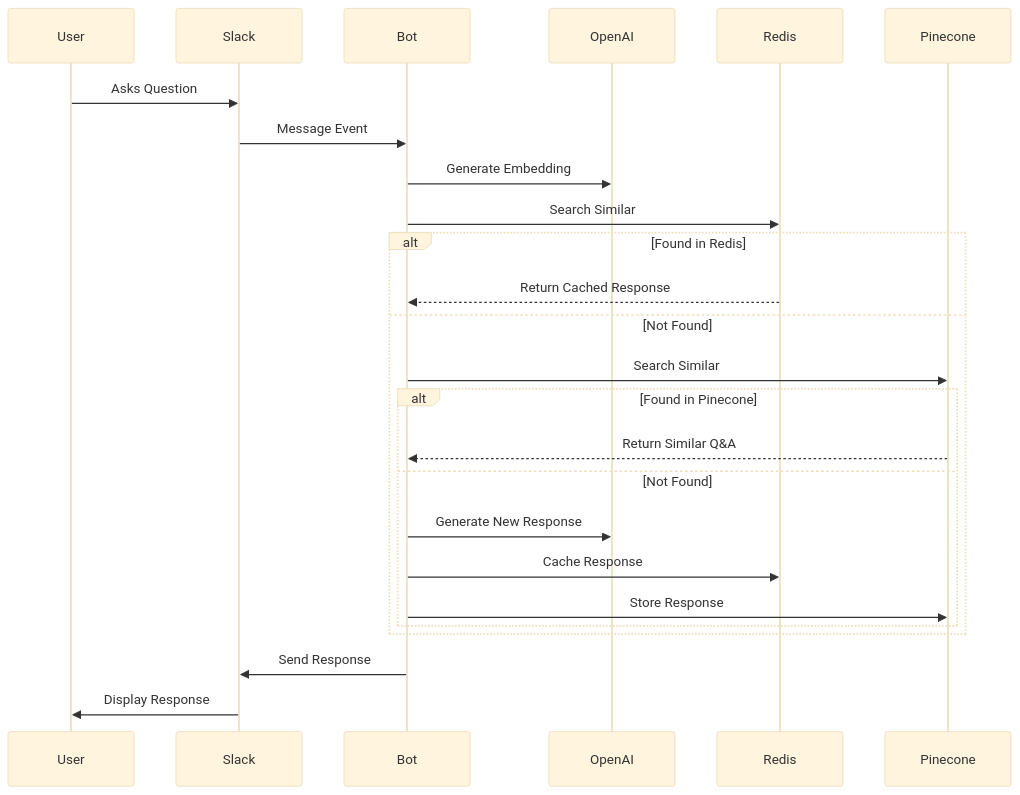
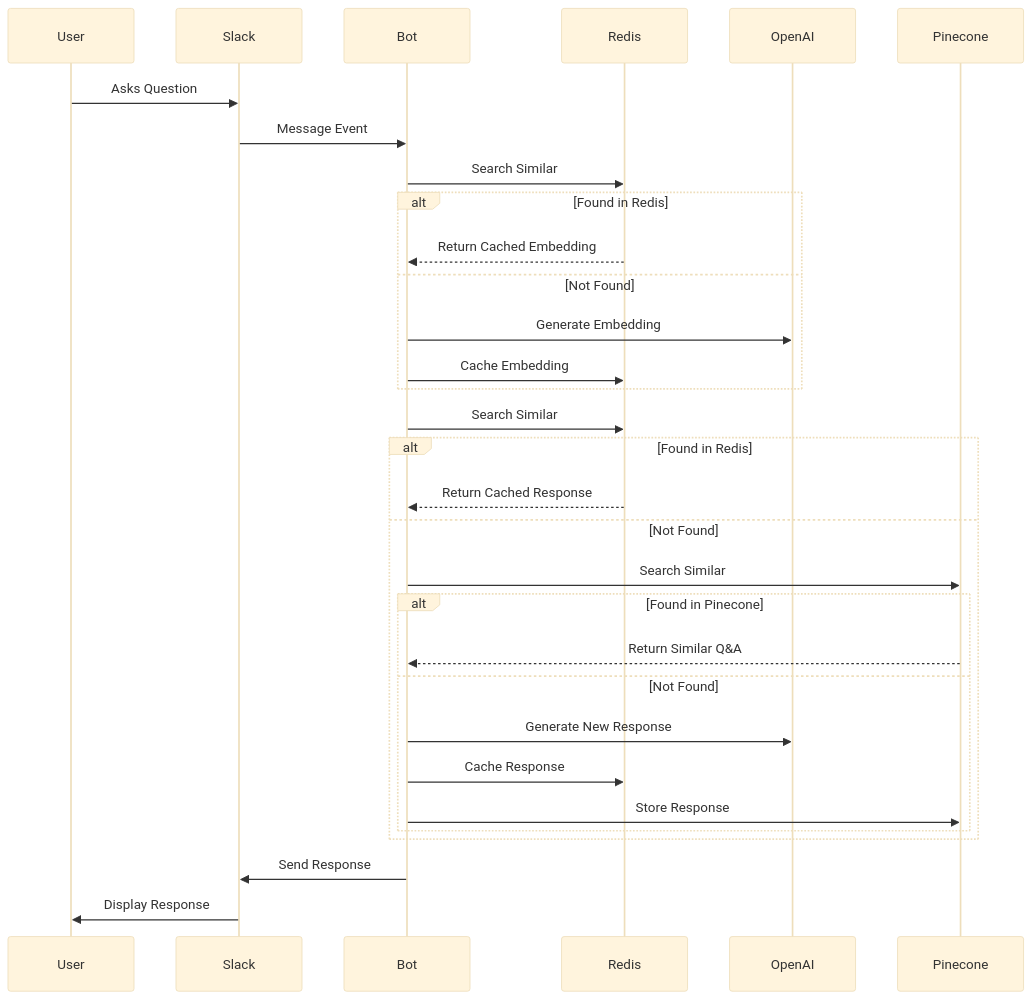
Before and after one commit to wgod58/slack-bot-ai: the third of 5 diagrams in README.md, drawn with Mermaid (base theme). The commit also changed other lines of this file, not shown here.

````diff
--- a/README.md
+++ b/README.md
@@ -117,21 +113,27 @@
    ```mermaid
    sequenceDiagram
        User->>Slack: Asks Question
        Slack->>Bot: Message Event
-       Bot->>OpenAI: Generate Embedding
+       Bot->>Redis: Search Similar
+       alt Found in Redis
+           Redis-->>Bot: Return Cached Embedding
+       else Not Found
+           Bot->>OpenAI: Generate Embedding
+           Bot->>Redis: Cache Embedding
+       end
        Bot->>Redis: Search Similar
        alt Found in Redis
            Redis-->>Bot: Return Cached Response
        else Not Found
            Bot->>Pinecone: Search Similar
            alt Found in Pinecone
                Pinecone-->>Bot: Return Similar Q&A
            else Not Found
                Bot->>OpenAI: Generate New Response
                Bot->>Redis: Cache Response
                Bot->>Pinecone: Store Response
            end
        end
        Bot->>Slack: Send Response
        Slack->>User: Display Response
    ```
````
